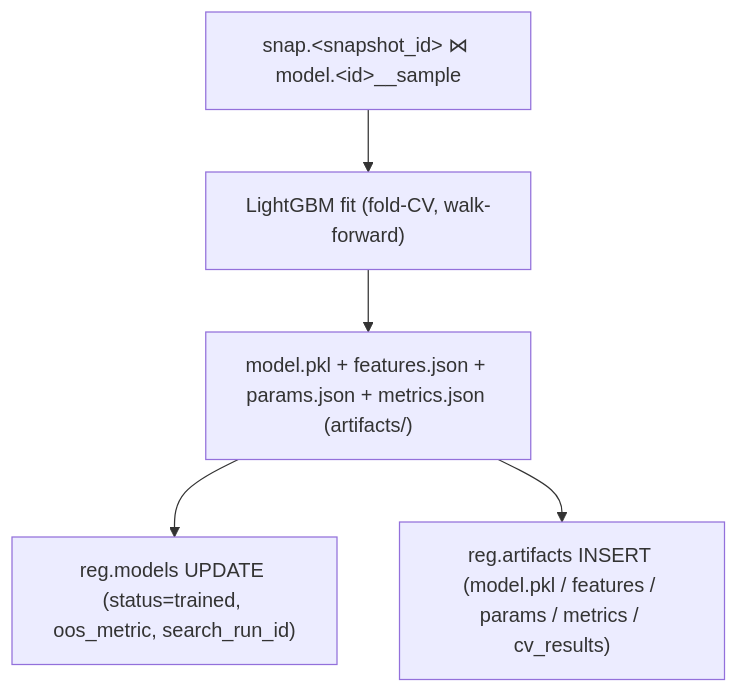
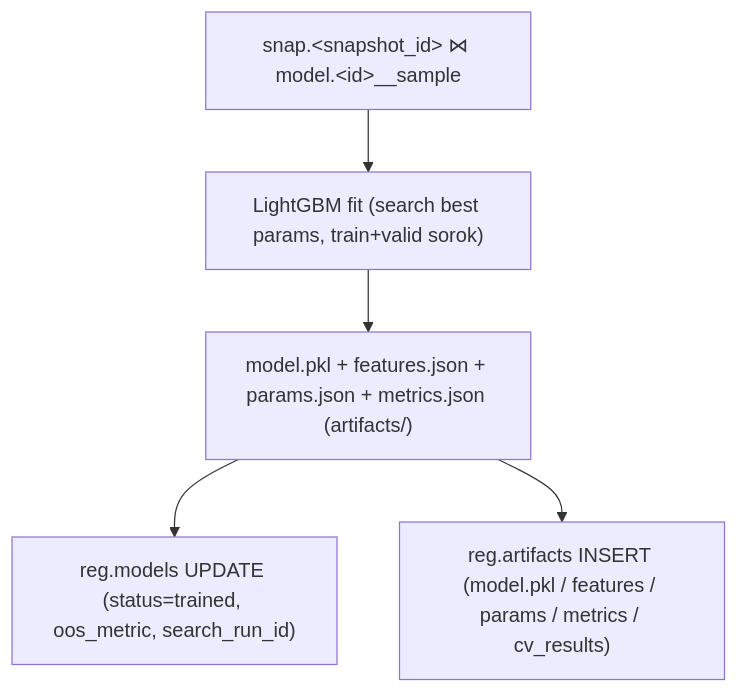
One commit to Nemesis14/chronoquant changed the sixth of 10 diagrams in _doc_/database_and_code_doc/0004_model_lifecycle.md. Above: the diagram before and after it, drawn with Mermaid. The commit also changed other lines of this file and 1008 other files, not shown here.

````diff
--- a/_doc_/database_and_code_doc/0004_model_lifecycle.md
+++ b/_doc_/database_and_code_doc/0004_model_lifecycle.md
@@ -167,11 +163,11 @@
 ```mermaid
 flowchart TD
   TV["snap.&lt;snapshot_id&gt; ⋈ model.&lt;id&gt;__sample"]
-  LGB["LightGBM fit (fold-CV, walk-forward)"]
+  LGB["LightGBM fit (search best params, train+valid sorok)"]
   PKL["model.pkl + features.json + params.json + metrics.json (artifacts/)"]
   REG_T["reg.models UPDATE (status=trained, oos_metric, search_run_id)"]
   ARTS["reg.artifacts INSERT (model.pkl / features / params / metrics / cv_results)"]
 
   TV --> LGB --> PKL --> REG_T
   PKL --> ARTS
 ```
````
